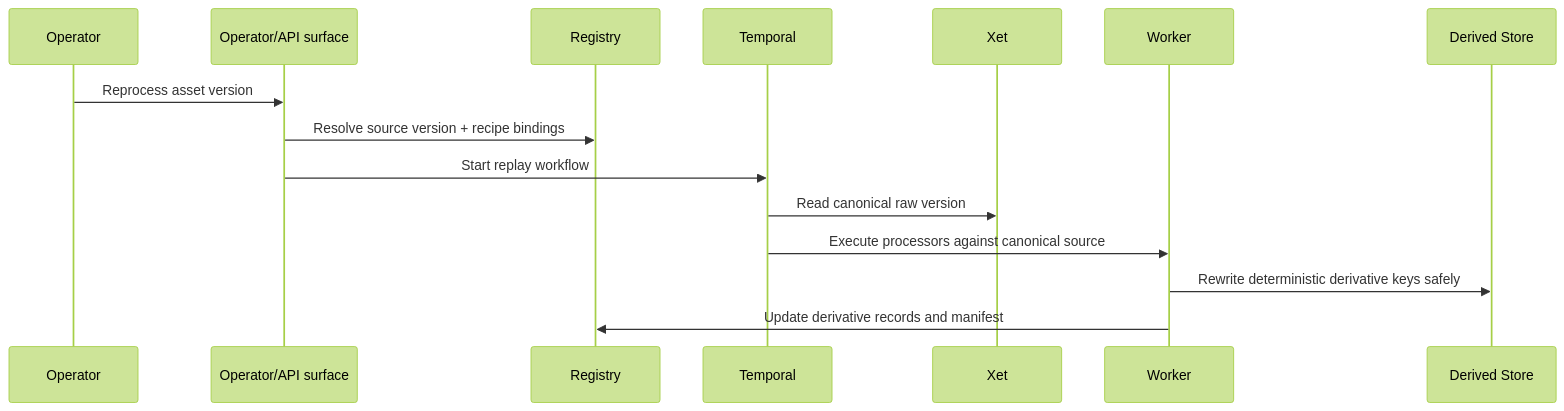
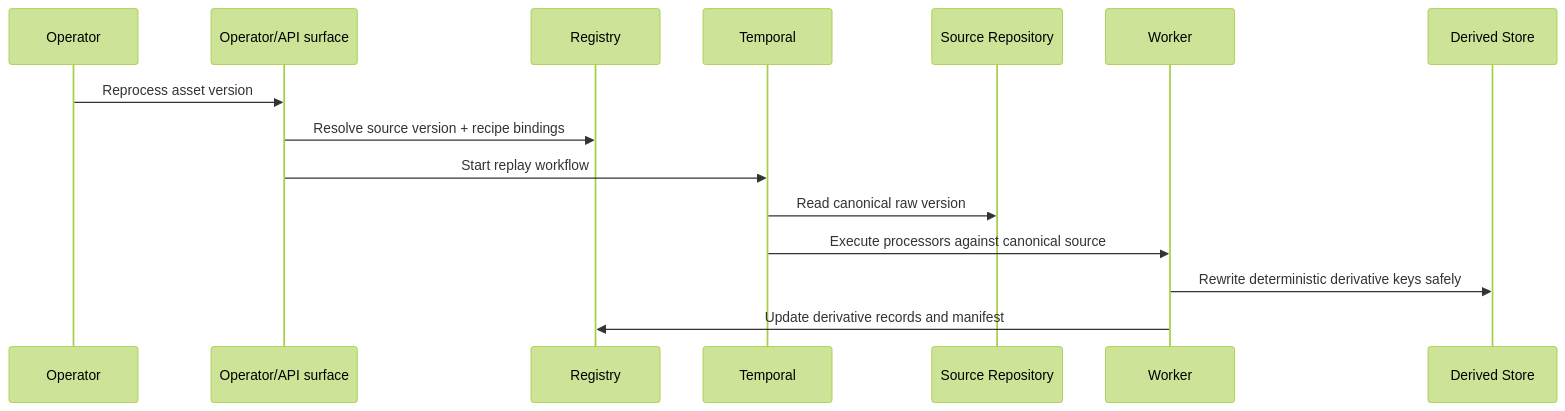
The seventh of 9 diagrams in docs/architecture.md (Yeusepe/cdngine), drawn with Mermaid (forest theme) before and after one commit. The commit also changed other lines of this file and 33 other files, not shown here.

First line of the commit message:
Adopt canonical source repository and tiered storage

````diff
--- a/docs/architecture.md
+++ b/docs/architecture.md
@@ -274,18 +333,18 @@
 ```mermaid
 sequenceDiagram
     participant Operator
     participant API as Operator/API surface
     participant R as Registry
     participant T as Temporal
-    participant O as Xet
+    participant O as Source Repository
     participant W as Worker
     participant D as Derived Store
 
     Operator->>API: Reprocess asset version
     API->>R: Resolve source version + recipe bindings
     API->>T: Start replay workflow
     T->>O: Read canonical raw version
     T->>W: Execute processors against canonical source
     W->>D: Rewrite deterministic derivative keys safely
     W->>R: Update derivative records and manifest
 ```
````
